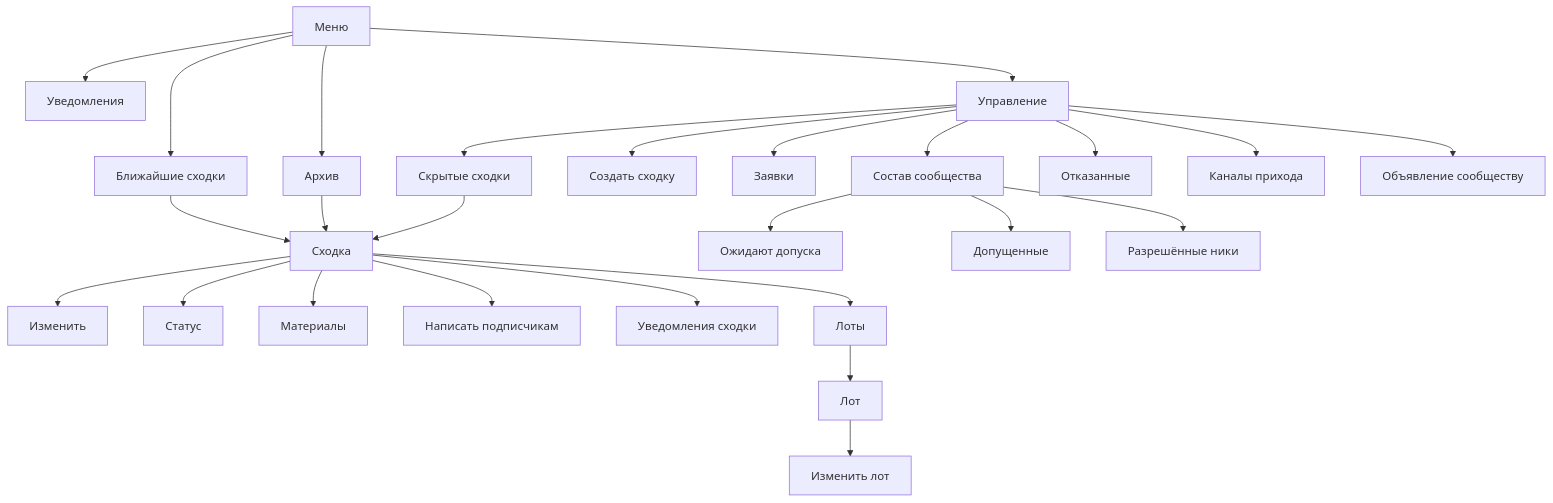
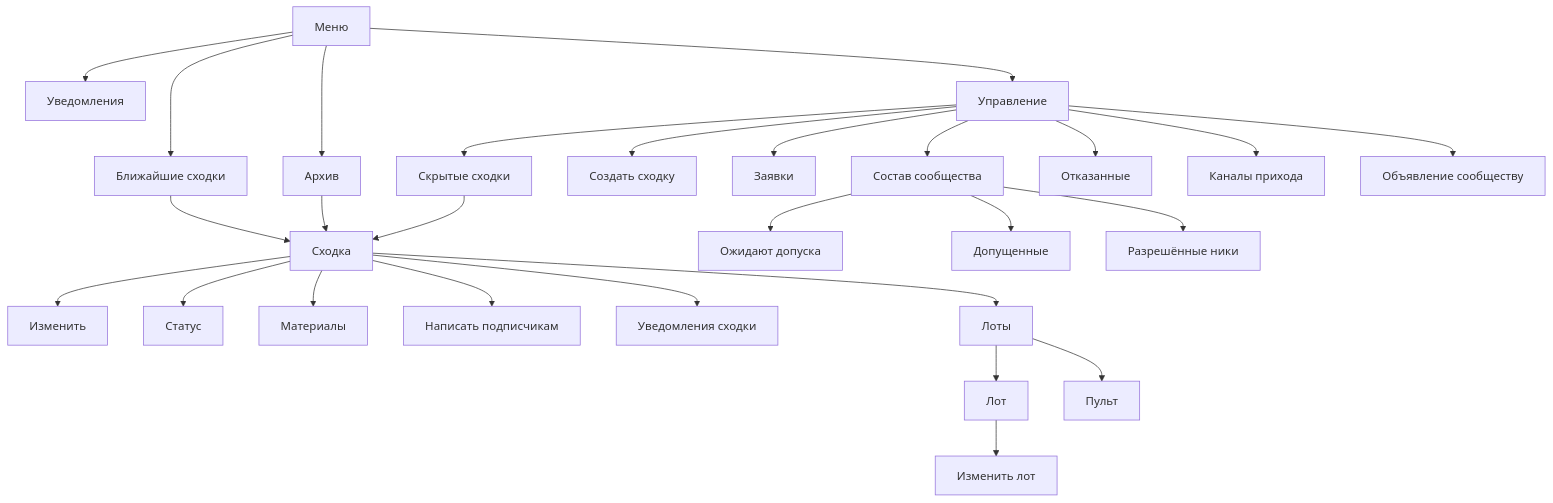
Before and after one commit to Solguficky/solguficky-hub: the first of 2 diagrams in docs/design/bot/design-code.md, drawn with Mermaid. The commit also changed other lines of this file and 69 other files, not shown here.

````diff
--- a/docs/design/bot/design-code.md
+++ b/docs/design/bot/design-code.md
@@ -37,33 +37,34 @@
 ```mermaid
 flowchart TD
     menu[Меню]
     menu --> upcoming[Ближайшие сходки]
     menu --> archive[Архив]
     menu --> notify[Уведомления]
     menu --> manage[Управление]
 
     upcoming --> card[Сходка]
     archive --> card
     hidden --> card
 
     card --> edit[Изменить]
     card --> status[Статус]
     card --> materials[Материалы]
     card --> broadcast[Написать подписчикам]
     card --> notifyMeetup[Уведомления сходки]
     card --> lots[Лоты]
     lots --> lot[Лот]
     lot --> lotForm[Изменить лот]
+    lots --> console[Пульт]
 
     manage --> create[Создать сходку]
     manage --> hidden[Скрытые сходки]
     manage --> applications[Заявки]
     manage --> community[Состав сообщества]
     manage --> refused[Отказанные]
     manage --> channels[Каналы прихода]
     manage --> announce[Объявление сообществу]
 
     community --> pending[Ожидают допуска]
     community --> members[Допущенные]
     community --> nicks[Разрешённые ники]
 ```
````
